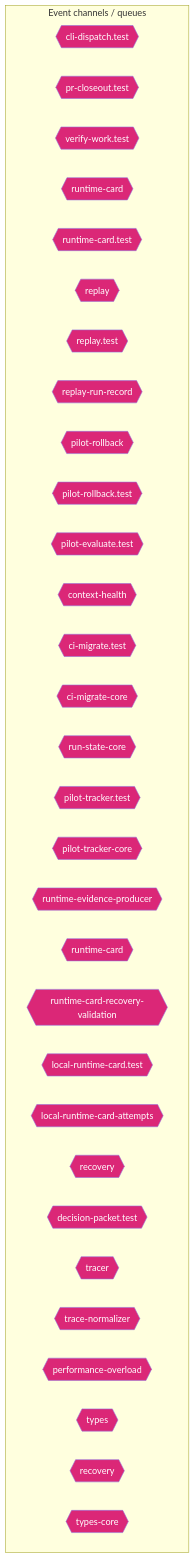
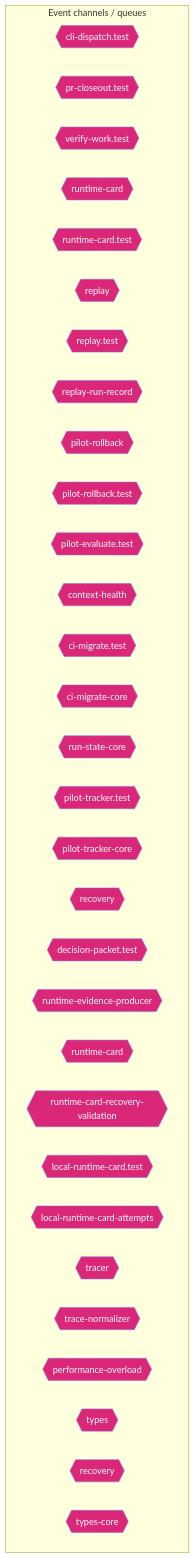
One commit to jscraik/coding-harness changed the ninth of 14 diagrams in AI/context/diagram-context.md. Above: the diagram before and after it, drawn with Mermaid. The commit also changed other lines of this file, not shown here.

First line of the commit message:
docs(architecture): refresh diagram context

````diff
--- a/AI/context/diagram-context.md
+++ b/AI/context/diagram-context.md
@@ -1826,38 +1827,38 @@
 ```mermaid
 flowchart TD
   subgraph Channels["Event channels / queues"]
     cli_dispatch_test_54c9f17b{{"cli-dispatch.test"}}
     pr_closeout_test_12a1ffdd{{"pr-closeout.test"}}
     verify_work_test_0e12f6c5{{"verify-work.test"}}
     runtime_card_e06b53e1{{"runtime-card"}}
     runtime_card_test_af812837{{"runtime-card.test"}}
     replay_ac203c98{{"replay"}}
     replay_test_935f7436{{"replay.test"}}
     replay_run_record_9a08cce2{{"replay-run-record"}}
     pilot_rollback_00c1f82c{{"pilot-rollback"}}
     pilot_rollback_test_e61d5a2b{{"pilot-rollback.test"}}
     pilot_evaluate_test_a2ac06fc{{"pilot-evaluate.test"}}
     context_health_80bb7da9{{"context-health"}}
     ci_migrate_test_2a015bb9{{"ci-migrate.test"}}
     ci_migrate_core_7005b5af{{"ci-migrate-core"}}
     run_state_core_25a955bc{{"run-state-core"}}
     pilot_tracker_test_80398a66{{"pilot-tracker.test"}}
     pilot_tracker_core_80d8ac96{{"pilot-tracker-core"}}
+    recovery_8c585378{{"recovery"}}
+    decision_packet_test_9ea0e97b{{"decision-packet.test"}}
     runtime_evidence_producer_ea388cb5{{"runtime-evidence-producer"}}
     runtime_card_1_465a49d2{{"runtime-card"}}
     runtime_card_recovery_validation_e216d883{{"runtime-card-recovery-validation"}}
     local_runtime_card_test_b508222b{{"local-runtime-card.test"}}
     local_runtime_card_attempts_28aa46ea{{"local-runtime-card-attempts"}}
-    recovery_8c585378{{"recovery"}}
-    decision_packet_test_9ea0e97b{{"decision-packet.test"}}
     tracer_1e6243a2{{"tracer"}}
     trace_normalizer_cb1be1d2{{"trace-normalizer"}}
     performance_overload_c685bfcf{{"performance-overload"}}
     types_9_1db4641f{{"types"}}
     recovery_1_4d1804ab{{"recovery"}}
     types_core_e405ddca{{"types-core"}}
   end
   classDef eventNode fill:#db2777,color:#fff
-  class cli_dispatch_test_54c9f17b,pr_closeout_test_12a1ffdd,verify_work_test_0e12f6c5,runtime_card_e06b53e1,runtime_card_test_af812837,replay_ac203c98,replay_test_935f7436,replay_run_record_9a08cce2,pilot_rollback_00c1f82c,pilot_rollback_test_e61d5a2b,pilot_evaluate_test_a2ac06fc,context_health_80bb7da9,ci_migrate_test_2a015bb9,ci_migrate_core_7005b5af,run_state_core_25a955bc,pilot_tracker_test_80398a66,pilot_tracker_core_80d8ac96,runtime_evidence_producer_ea388cb5,runtime_card_1_465a49d2,runtime_card_recovery_validation_e216d883,local_runtime_card_test_b508222b,local_runtime_card_attempts_28aa46ea,recovery_8c585378,decision_packet_test_9ea0e97b,tracer_1e6243a2,trace_normalizer_cb1be1d2,performance_overload_c685bfcf,types_9_1db4641f,recovery_1_4d1804ab,types_core_e405ddca eventNode
+  class cli_dispatch_test_54c9f17b,pr_closeout_test_12a1ffdd,verify_work_test_0e12f6c5,runtime_card_e06b53e1,runtime_card_test_af812837,replay_ac203c98,replay_test_935f7436,replay_run_record_9a08cce2,pilot_rollback_00c1f82c,pilot_rollback_test_e61d5a2b,pilot_evaluate_test_a2ac06fc,context_health_80bb7da9,ci_migrate_test_2a015bb9,ci_migrate_core_7005b5af,run_state_core_25a955bc,pilot_tracker_test_80398a66,pilot_tracker_core_80d8ac96,recovery_8c585378,decision_packet_test_9ea0e97b,runtime_evidence_producer_ea388cb5,runtime_card_1_465a49d2,runtime_card_recovery_validation_e216d883,local_runtime_card_test_b508222b,local_runtime_card_attempts_28aa46ea,tracer_1e6243a2,trace_normalizer_cb1be1d2,performance_overload_c685bfcf,types_9_1db4641f,recovery_1_4d1804ab,types_core_e405ddca eventNode
 
 ```
````
